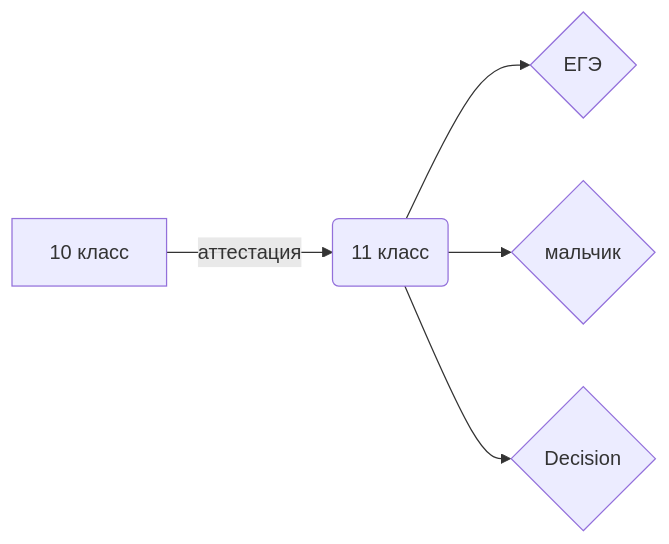
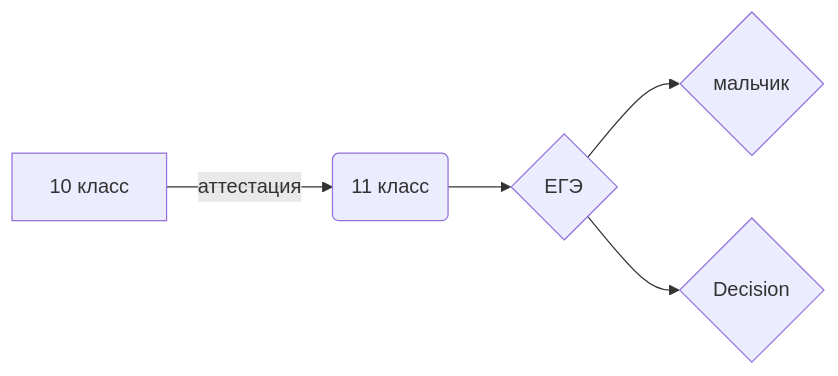
The diagram in README.md (AndreDem135/FirstRepository), drawn with Mermaid before and after one commit.

````diff
--- a/README.md
+++ b/README.md
@@ -52,8 +52,8 @@
 ```mermaid
 flowchart LR
 
 A[10 класс] -->|аттестация| B(11 класс)
 B --> C{ЕГЭ}
-B --> D{мальчик}
-B --> E{Decision}
+C --> D{мальчик}
+C --> E{Decision}
 ```
````
